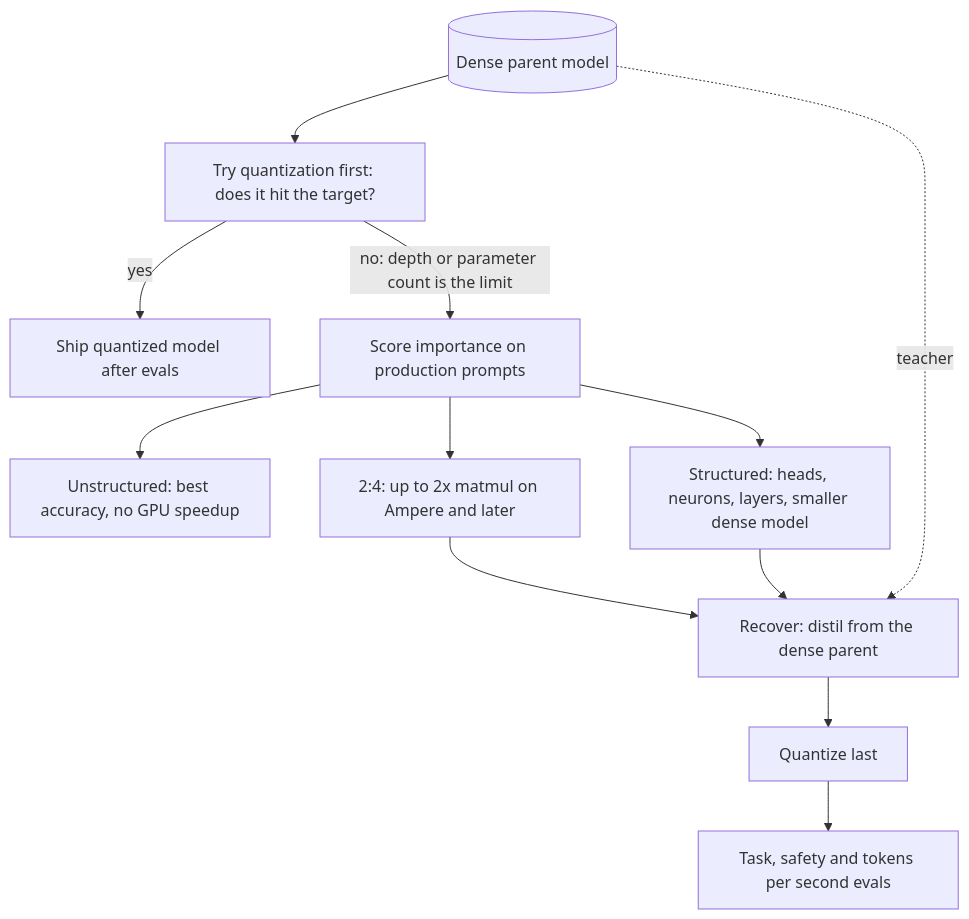
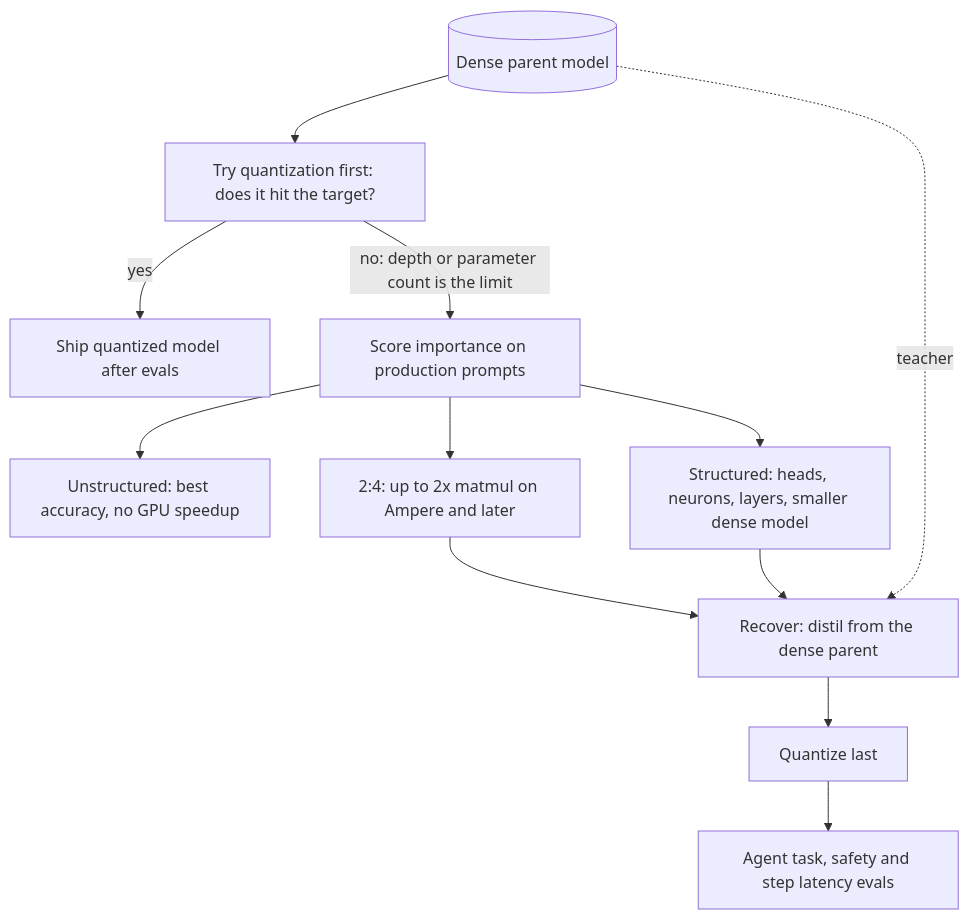
One commit to lovishmahajan97/agentic-learning changed the diagram in content/training-adaptation/pruning.md. Above: the diagram before and after it, drawn with Mermaid. The commit also changed other lines of this file and 266 other files, not shown here.

````diff
--- a/content/training-adaptation/pruning.md
+++ b/content/training-adaptation/pruning.md
@@ -123,14 +141,14 @@
 ```mermaid
 flowchart TD
     P[("Dense parent model")] --> Q["Try quantization first: does it hit the target?"]
     Q -->|"yes"| S["Ship quantized model after evals"]
     Q -->|"no: depth or parameter count is the limit"| C["Score importance on production prompts"]
     C --> U["Unstructured: best accuracy, no GPU speedup"]
     C --> T["2:4: up to 2x matmul on Ampere and later"]
     C --> R["Structured: heads, neurons, layers, smaller dense model"]
     T --> D["Recover: distil from the dense parent"]
     R --> D
     D --> QZ["Quantize last"]
-    QZ --> E["Task, safety and tokens per second evals"]
+    QZ --> E["Agent task, safety and step latency evals"]
     P -.->|"teacher"| D
 ```
````
